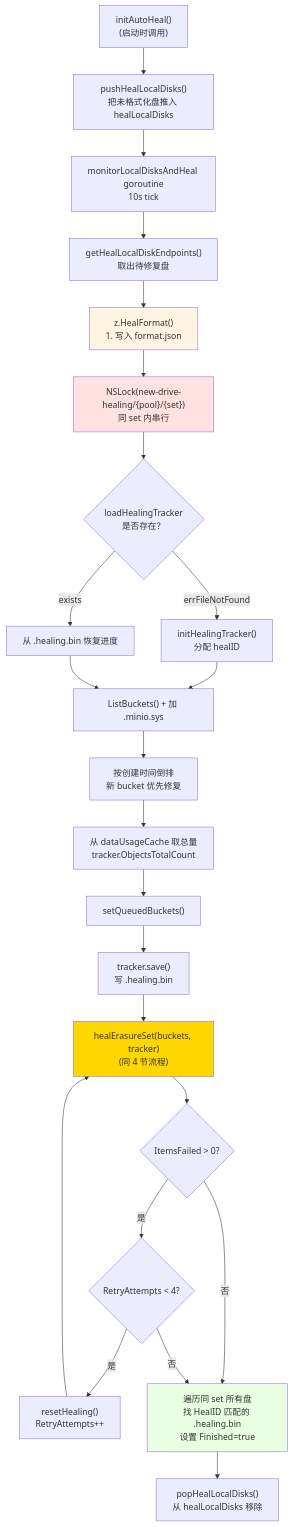
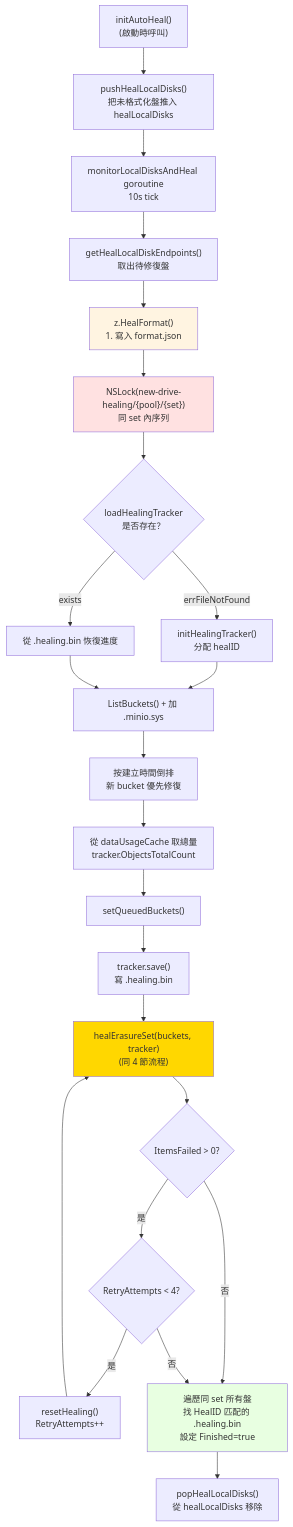
The fourth of 6 diagrams in repo-analysis/drafts/06-module-healing.md (cysu01/minio), drawn with Mermaid before and after one commit. The commit also changed other lines of this file and 14 other files, not shown here.

````diff
--- a/repo-analysis/drafts/06-module-healing.md
+++ b/repo-analysis/drafts/06-module-healing.md
@@ -348,51 +348,51 @@
 ```mermaid
 flowchart TD
-    Start["initAutoHeal()<br/>(启动时调用)"]
-    PushDisks["pushHealLocalDisks()<br/>把未格式化盘推入 healLocalDisks"]
+    Start["initAutoHeal()<br/>(啟動時呼叫)"]
+    PushDisks["pushHealLocalDisks()<br/>把未格式化盤推入 healLocalDisks"]
     Monitor["monitorLocalDisksAndHeal goroutine<br/>10s tick"]
-    GetEndpoints["getHealLocalDiskEndpoints()<br/>取出待修复盘"]
-    HealFmt["z.HealFormat()<br/>1. 写入 format.json"]
-    Lock["NSLock(new-drive-healing/{pool}/{set})<br/>同 set 内串行"]
+    GetEndpoints["getHealLocalDiskEndpoints()<br/>取出待修復盤"]
+    HealFmt["z.HealFormat()<br/>1. 寫入 format.json"]
+    Lock["NSLock(new-drive-healing/{pool}/{set})<br/>同 set 內序列"]
     LoadOrInit{"loadHealingTracker<br/>是否存在？"}
     InitTracker["initHealingTracker()<br/>分配 healID"]
-    LoadTracker["从 .healing.bin 恢复进度"]
+    LoadTracker["從 .healing.bin 恢復進度"]
     GetBuckets["ListBuckets() + 加 .minio.sys"]
-    Sort["按创建时间倒排<br/>新 bucket 优先修复"]
-    LoadCache["从 dataUsageCache 取总量<br/>tracker.ObjectsTotalCount"]
+    Sort["按建立時間倒排<br/>新 bucket 優先修復"]
+    LoadCache["從 dataUsageCache 取總量<br/>tracker.ObjectsTotalCount"]
     SetQueued["setQueuedBuckets()"]
-    Save["tracker.save()<br/>写 .healing.bin"]
-    HealSet["healErasureSet(buckets, tracker)<br/>(同 4 节流程)"]
+    Save["tracker.save()<br/>寫 .healing.bin"]
+    HealSet["healErasureSet(buckets, tracker)<br/>(同 4 節流程)"]
     Failed{"ItemsFailed > 0?"}
     Retry{"RetryAttempts < 4?"}
     DoRetry["resetHealing()<br/>RetryAttempts++"]
-    PropagateID["遍历同 set 所有盘<br/>找 HealID 匹配的 .healing.bin<br/>设置 Finished=true"]
-    PopDisk["popHealLocalDisks()<br/>从 healLocalDisks 移除"]
+    PropagateID["遍歷同 set 所有盤<br/>找 HealID 匹配的 .healing.bin<br/>設定 Finished=true"]
+    PopDisk["popHealLocalDisks()<br/>從 healLocalDisks 移除"]
 
     Start --> PushDisks
     PushDisks --> Monitor
     Monitor --> GetEndpoints
     GetEndpoints --> HealFmt
     HealFmt --> Lock
     Lock --> LoadOrInit
     LoadOrInit -- "errFileNotFound" --> InitTracker
     LoadOrInit -- "exists" --> LoadTracker
     InitTracker --> GetBuckets
     LoadTracker --> GetBuckets
     GetBuckets --> Sort
     Sort --> LoadCache
     LoadCache --> SetQueued
     SetQueued --> Save
     Save --> HealSet
     HealSet --> Failed
     Failed -- 否 --> PropagateID
     Failed -- 是 --> Retry
     Retry -- 是 --> DoRetry
     DoRetry --> HealSet
     Retry -- 否 --> PropagateID
     PropagateID --> PopDisk
 
     style HealFmt fill:#fff4e1
     style Lock fill:#ffe1e1
     style HealSet fill:#ffd700
     style PropagateID fill:#e8ffe1
 ```
````
